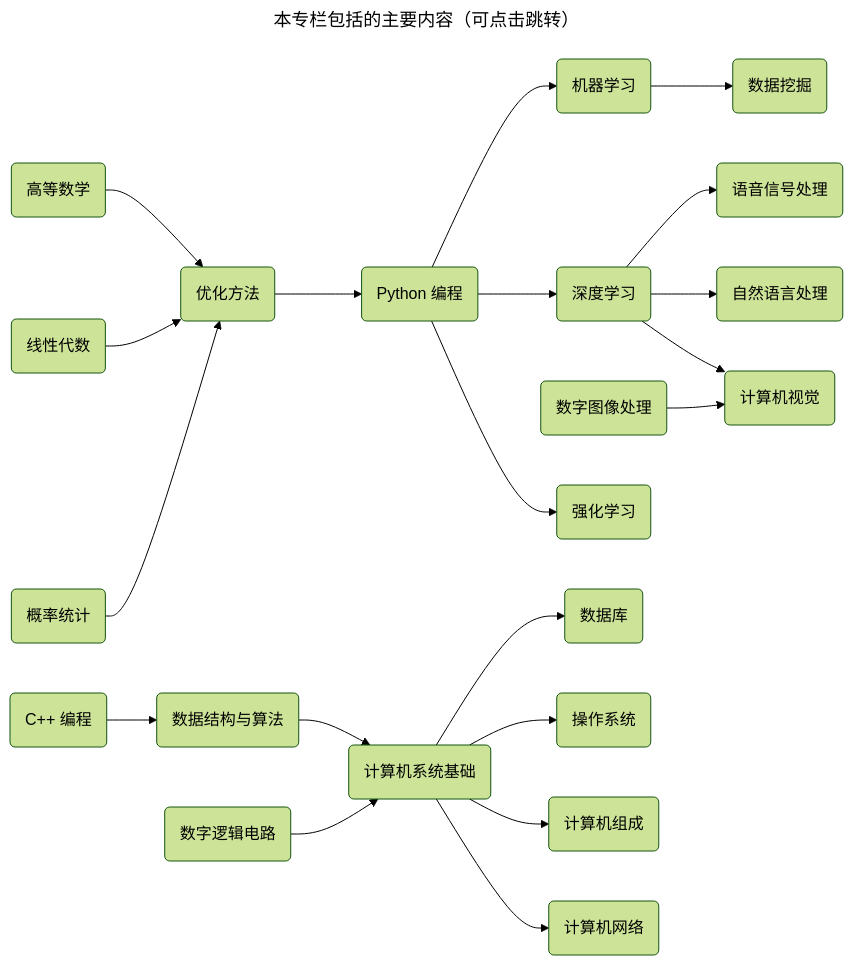
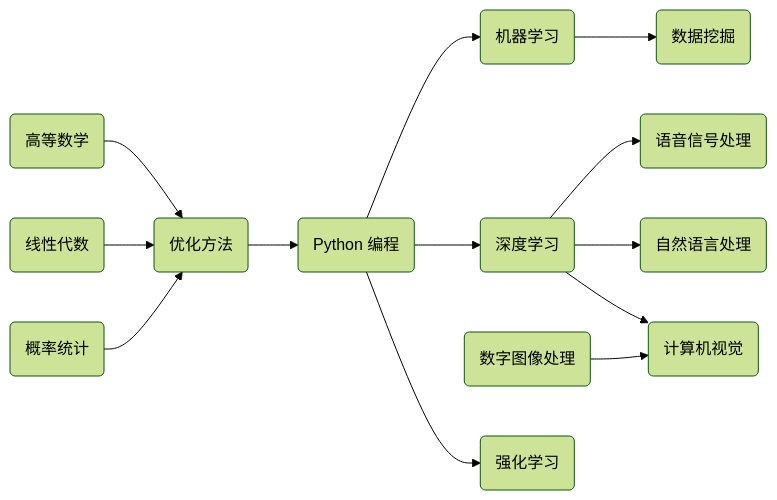
The first of 2 diagrams in docs/base/index.md (Explorer-Dong/open-csai-wiki), drawn with Mermaid (forest theme) before and after one commit. The commit also changed 4 other files, not shown here.

````diff
--- a/docs/base/index.md
+++ b/docs/base/index.md
@@ -11,70 +11,43 @@
 ```mermaid
----
-title: 本专栏包括的主要内容（可点击跳转）
----
-
 flowchart LR
     %% 实体定义（人工智能）
     python(Python 编程)
     数字图像处理(数字图像处理)
     机器学习(机器学习)
     数据挖掘(数据挖掘)
     深度学习(深度学习)
     强化学习(强化学习)
     语音信号处理(语音信号处理)
     自然语言处理(自然语言处理)
     计算机视觉(计算机视觉)
 
     %% 关系定义
     机器学习 --> 数据挖掘
     深度学习 --> 语音信号处理 & 自然语言处理 & 计算机视觉
     数字图像处理 --> 计算机视觉
-
-    %% 实体定义（计算机）
-    cpp(C++ 编程)
-    数据结构与算法(数据结构与算法)
-    数字逻辑电路(数字逻辑电路)
-    计算机系统基础(计算机系统基础)
-    数据库(数据库)
-    操作系统(操作系统)
-    计算机组成(计算机组成)
-    计算机网络(计算机网络)
-
-    %% 关系定义
-    cpp --> 数据结构与算法 --> 计算机系统基础
-    数字逻辑电路 --> 计算机系统基础 --> 数据库 & 操作系统 & 计算机组成 & 计算机网络
 
     %% 实体定义（数学）
     高等数学(高等数学)
     线性代数(线性代数)
     概率统计(概率统计)
     优化方法(优化方法)
 
     %% 关系定义
     高等数学 & 线性代数 & 概率统计 --> 优化方法 --> python --> 机器学习 & 深度学习 & 强化学习
 
     %% 跳转链接
     click python "./ai/python/"
     click 数字图像处理 "./ai/digital-image-processing/"
     click 机器学习 "./ai/machine-learning/"
     click 数据挖掘 "./ai/data-mining/"
     click 深度学习 "./ai/deep-learning/"
     click 强化学习 "./ai/reinforcement-learning/"
     click 语音信号处理 "./ai/speech-signal-processing/"
     click 自然语言处理 "./ai/natural-language-processing/"
     click 计算机视觉 "./ai/computer-vision/"
 
-    click cpp "./cs/cplusplus/"
-    click 数字逻辑电路 "./cs/digital-logic-circuit/"
-    click 计算机系统基础 "./cs/computer-system-base/"
-    click 数据库 "./cs/database/"
-    click 数据结构与算法 "../ds-and-algo/"
-    click 操作系统 "./cs/operating-system/"
-    click 计算机组成 "./cs/computer-organization/"
-    click 计算机网络 "./cs/computer-network/"
-
     click 高等数学 "./math/advanced-math/"
     click 线性代数 "./math/linear-algebra/"
     click 概率统计 "./math/probability-and-statistics/"
     click 优化方法 "./math/optimization-method/"
 ```
````
